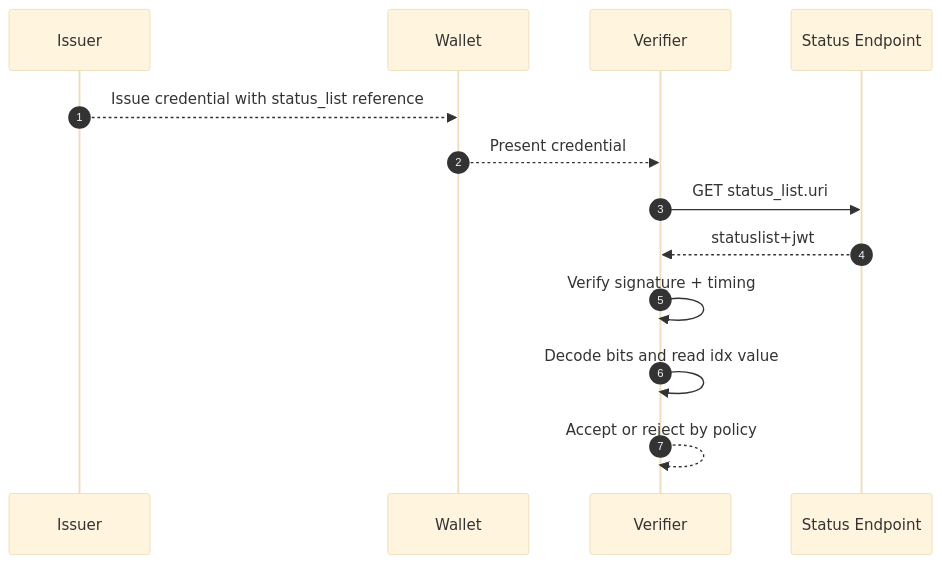
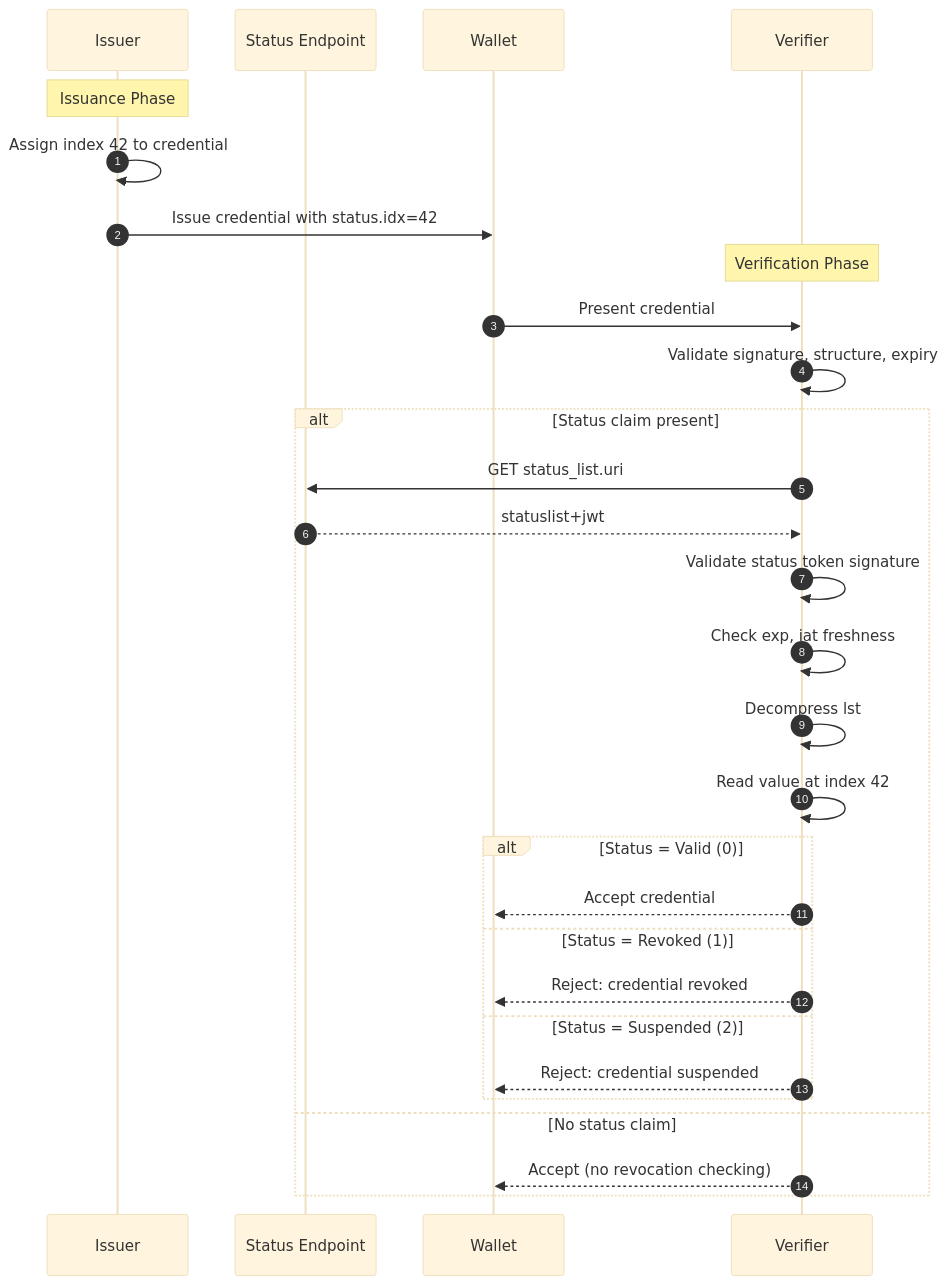
One commit to openwallet-foundation-labs/sd-jwt-dotnet changed the second of 2 diagrams in docs/concepts/status-list-deep-dive.md. Above: the diagram before and after it, drawn with Mermaid (base theme). The commit also changed other lines of this file and 24 other files, not shown here.

````diff
--- a/docs/concepts/status-list-deep-dive.md
+++ b/docs/concepts/status-list-deep-dive.md
@@ -61,16 +163,35 @@
 ```mermaid
 sequenceDiagram
-  autonumber
-  participant Issuer
-  participant Wallet
-  participant Verifier
-  participant Status as Status Endpoint
+    autonumber
+    participant Issuer
+    participant StatusEndpoint as Status Endpoint
+    participant Wallet
+    participant Verifier
 
-  Issuer-->>Wallet: Issue credential with status_list reference
-  Wallet-->>Verifier: Present credential
-  Verifier->>Status: GET status_list.uri
-  Status-->>Verifier: statuslist+jwt
-  Verifier->>Verifier: Verify signature + timing
-  Verifier->>Verifier: Decode bits and read idx value
-  Verifier-->>Verifier: Accept or reject by policy
+    Note over Issuer: Issuance Phase
+    Issuer->>Issuer: Assign index 42 to credential
+    Issuer->>Wallet: Issue credential with status.idx=42
+
+    Note over Verifier: Verification Phase
+    Wallet->>Verifier: Present credential
+    Verifier->>Verifier: Validate signature, structure, expiry
+    
+    alt Status claim present
+        Verifier->>StatusEndpoint: GET status_list.uri
+        StatusEndpoint-->>Verifier: statuslist+jwt
+        Verifier->>Verifier: Validate status token signature
+        Verifier->>Verifier: Check exp, iat freshness
+        Verifier->>Verifier: Decompress lst
+        Verifier->>Verifier: Read value at index 42
+        
+        alt Status = Valid (0)
+            Verifier-->>Wallet: Accept credential
+        else Status = Revoked (1)
+            Verifier-->>Wallet: Reject: credential revoked
+        else Status = Suspended (2)
+            Verifier-->>Wallet: Reject: credential suspended
+        end
+    else No status claim
+        Verifier-->>Wallet: Accept (no revocation checking)
+    end
 ```
````
